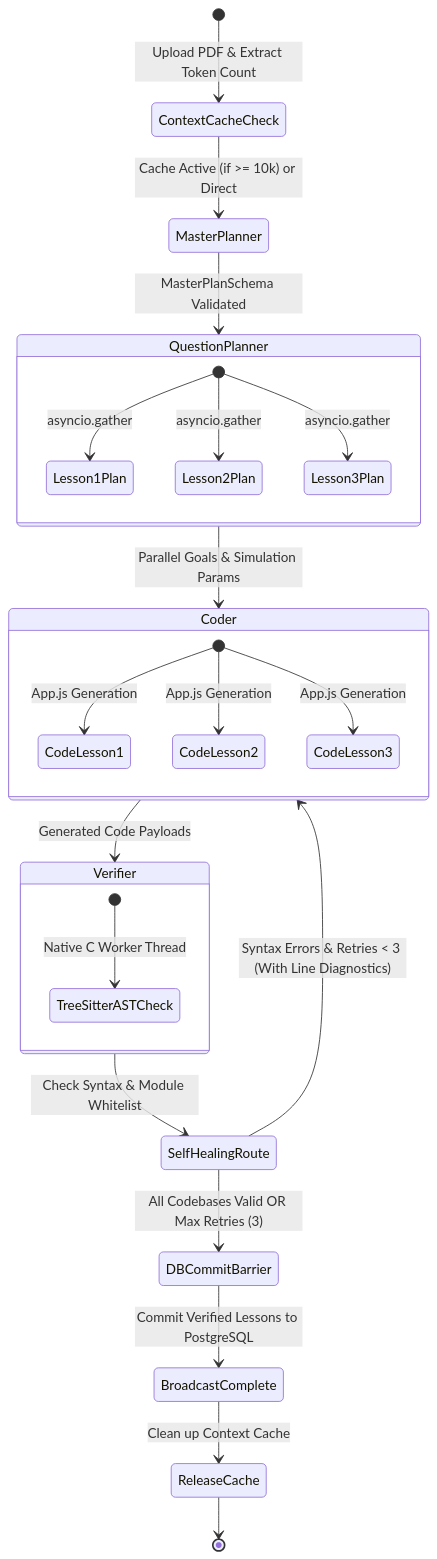
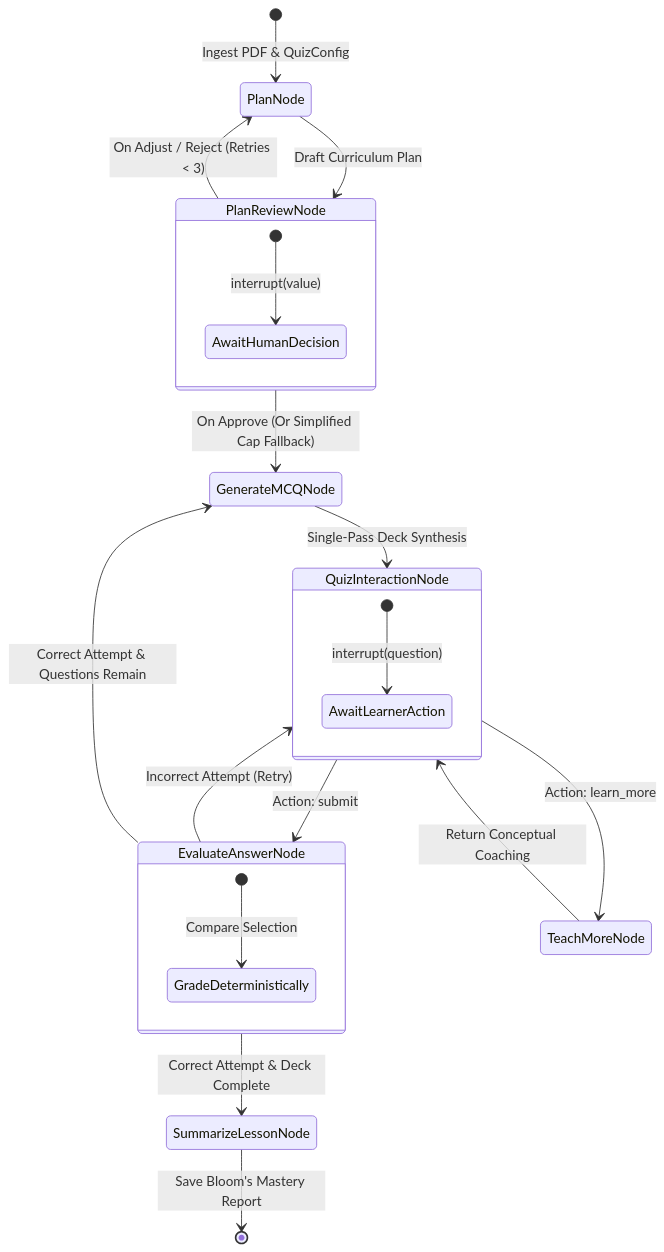
Before and after one commit to Kaos599/QuizLoop: the diagram in docs/AI_AGENT_PIPELINE.md, drawn with Mermaid. The commit also changed other lines of this file and 6 other files, not shown here.

Commit message:
docs: update documentation to reflect unified pedagogical HITL architecture

````diff
--- a/docs/AI_AGENT_PIPELINE.md
+++ b/docs/AI_AGENT_PIPELINE.md
@@ -7,36 +7,33 @@
 ```mermaid
 stateDiagram-v2
-    [*] --> ContextCacheCheck : Upload PDF & Extract Token Count
-    ContextCacheCheck --> MasterPlanner : Cache Active (if >= 10k) or Direct
-    MasterPlanner --> QuestionPlanner : MasterPlanSchema Validated
+    [*] --> PlanNode : Ingest PDF & QuizConfig
+    PlanNode --> PlanReviewNode : Draft Curriculum Plan
     
-    state QuestionPlanner {
-        [*] --> Lesson1Plan : asyncio.gather
-        [*] --> Lesson2Plan : asyncio.gather
-        [*] --> Lesson3Plan : asyncio.gather
+    state PlanReviewNode {
+        [*] --> AwaitHumanDecision : interrupt(value)
     }
 
-    QuestionPlanner --> Coder : Parallel Goals & Simulation Params
+    PlanReviewNode --> PlanNode : On Adjust / Reject (Retries < 3)
+    PlanReviewNode --> GenerateMCQNode : On Approve (Or Simplified Cap Fallback)
+
+    GenerateMCQNode --> QuizInteractionNode : Single-Pass Deck Synthesis
     
-    state Coder {
-        [*] --> CodeLesson1 : App.js Generation
-        [*] --> CodeLesson2 : App.js Generation
-        [*] --> CodeLesson3 : App.js Generation
+    state QuizInteractionNode {
+        [*] --> AwaitLearnerAction : interrupt(question)
     }
 
-    Coder --> Verifier : Generated Code Payloads
+    QuizInteractionNode --> EvaluateAnswerNode : Action: submit
+    QuizInteractionNode --> TeachMoreNode : Action: learn_more
     
-    state Verifier {
-        [*] --> TreeSitterASTCheck : Native C Worker Thread
+    TeachMoreNode --> QuizInteractionNode : Return Conceptual Coaching
+
+    state EvaluateAnswerNode {
+        [*] --> GradeDeterministically : Compare Selection
     }
 
-    Verifier --> SelfHealingRoute : Check Syntax & Module Whitelist
-    
-    state SelfHealingRoute <<choice>>
-    SelfHealingRoute --> Coder : Syntax Errors & Retries < 3 (With Line Diagnostics)
-    SelfHealingRoute --> DBCommitBarrier : All Codebases Valid OR Max Retries (3)
-    
-    DBCommitBarrier --> BroadcastComplete : Commit Verified Lessons to PostgreSQL
-    BroadcastComplete --> ReleaseCache : Clean up Context Cache
-    ReleaseCache --> [*]
+    EvaluateAnswerNode --> QuizInteractionNode : Incorrect Attempt (Retry)
+    EvaluateAnswerNode --> GenerateMCQNode : Correct Attempt & Questions Remain
+    EvaluateAnswerNode --> SummarizeLessonNode : Correct Attempt & Deck Complete
+
+    SummarizeLessonNode --> [*] : Save Bloom's Mastery Report
 ```
````
